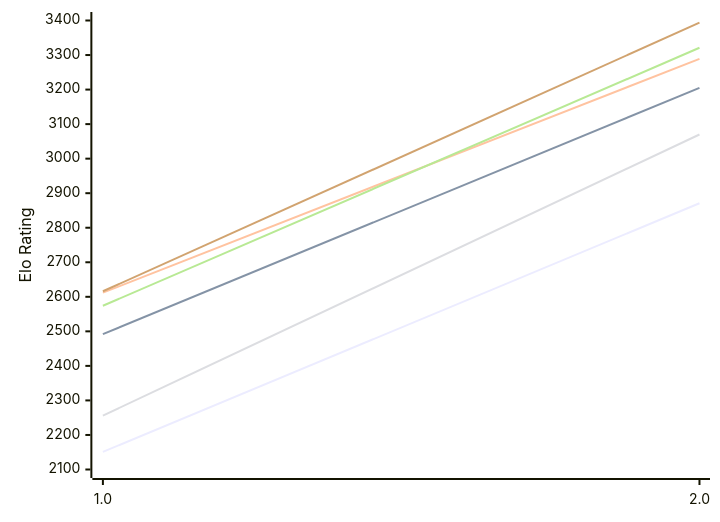
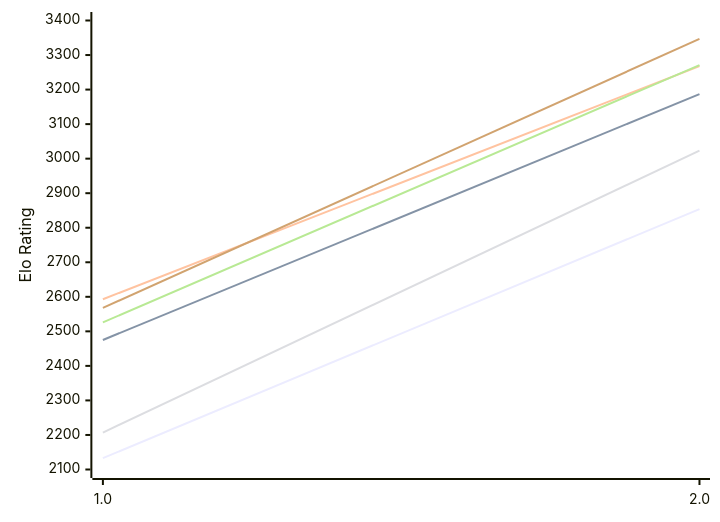
The diagram in engines/Scarlet.md (computer-chess-index/cci), drawn with Mermaid before and after one commit. The commit also changed other lines of this file, not shown here.

Commit message:
Update CCI Ratings (ELO VLTC) - 2026-11-08

````diff
--- a/engines/Scarlet.md
+++ b/engines/Scarlet.md
@@ -49,12 +49,12 @@
 ```mermaid
 %%{init: {"theme":"base","themeVariables":{"seriesColors:['#a3a3a3','#222221','#faa371']}}}%%
 xychart-beta
   x-axis ["1.0", "2.0"]
   y-axis "Elo Rating" 2100 --> 3400
-  line "E1: STC (8.0+0.08s)" [2151, 2871]
-  line "E1: LTC (60.0+0.60s)" [2492, 3205]
-  line "E1: VLTC (2m24s+1.12s)" [2612, 3289]
-  line "P1: STC (8.0+0.08s)" [2256, 3070]
-  line "P1: LTC (60.0+0.60s)" [2574, 3321]
-  line "P1: VLTC (2m24s+1.12s)" [2616, 3394]
+  line "E1: STC (8.0+0.08s)" [2133, 2854]
+  line "E1: LTC (60.0+0.60s)" [2475, 3187]
+  line "E1: VLTC (2m24s+1.12s)" [2593, 3268]
+  line "P1: STC (8.0+0.08s)" [2207, 3023]
+  line "P1: LTC (60.0+0.60s)" [2526, 3271]
+  line "P1: VLTC (2m24s+1.12s)" [2568, 3347]
 ```
````
